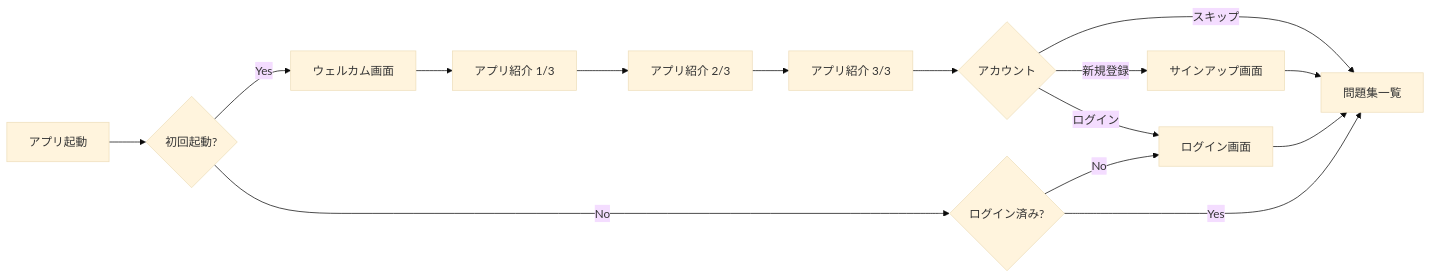
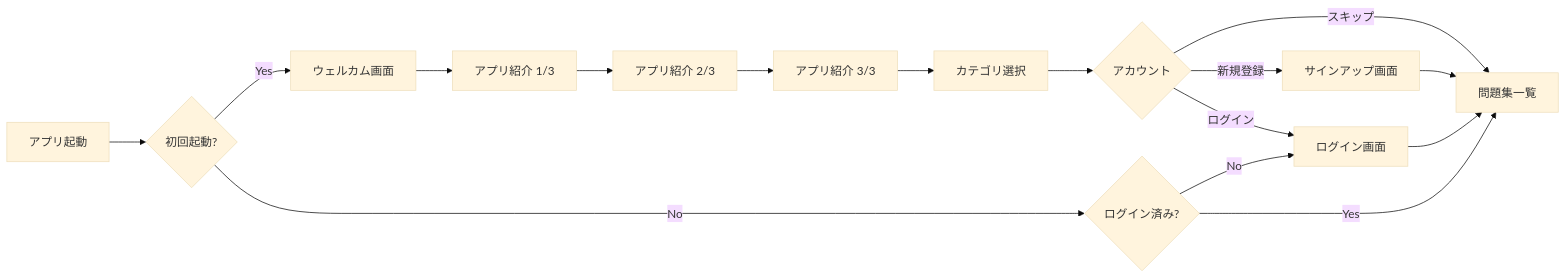
The first of 3 diagrams in docs/ios.md (takoikatakotako/rikako), drawn with Mermaid (base theme) before and after one commit. The commit also changed other lines of this file, not shown here.

Commit message:
画面遷移図にカテゴリ選択を追加

````diff
--- a/docs/ios.md
+++ b/docs/ios.md
@@ -7,17 +7,18 @@
 ```mermaid
 flowchart LR
     A[アプリ起動] --> B{初回起動?}
     B -->|Yes| C[ウェルカム画面]
     C --> D[アプリ紹介 1/3]
     D --> E[アプリ紹介 2/3]
     E --> F[アプリ紹介 3/3]
-    F --> G{アカウント}
-    G -->|新規登録| H[サインアップ画面]
-    G -->|ログイン| I[ログイン画面]
-    G -->|スキップ| J[問題集一覧]
-    H --> J
-    I --> J
-    B -->|No| K{ログイン済み?}
-    K -->|Yes| J
-    K -->|No| I
+    F --> G[カテゴリ選択]
+    G --> H{アカウント}
+    H -->|新規登録| I[サインアップ画面]
+    H -->|ログイン| J[ログイン画面]
+    H -->|スキップ| K[問題集一覧]
+    I --> K
+    J --> K
+    B -->|No| L{ログイン済み?}
+    L -->|Yes| K
+    L -->|No| J
 ```
````
